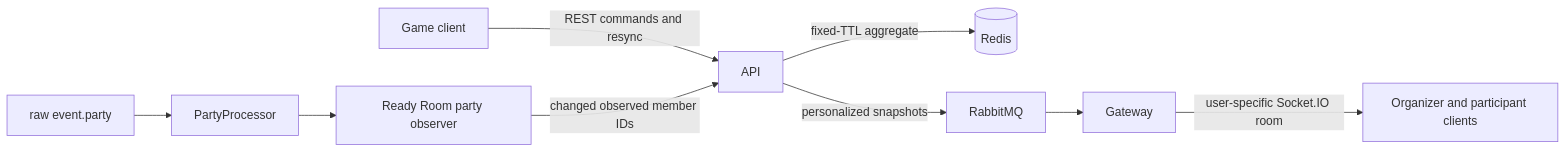
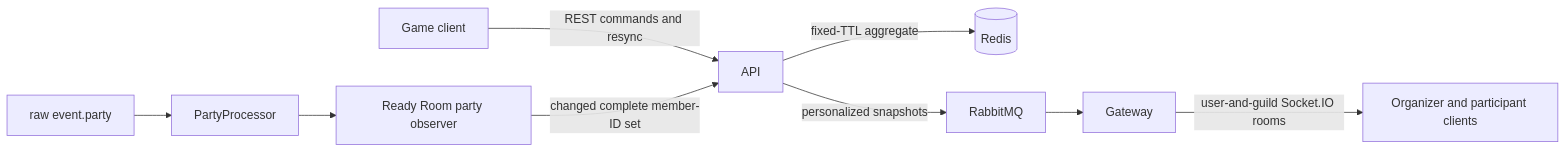
Before and after one commit to lootlog/monorepo: the diagram in docs/superpowers/specs/2026-07-13-party-finder-ready-room-design.md, drawn with Mermaid. The commit also changed other lines of this file, not shown here.

Commit message:
docs: clarify ready room state transitions

````diff
--- a/docs/superpowers/specs/2026-07-13-party-finder-ready-room-design.md
+++ b/docs/superpowers/specs/2026-07-13-party-finder-ready-room-design.md
@@ -51,11 +61,11 @@
 ```mermaid
 flowchart LR
     GameClient[Game client] -->|REST commands and resync| API[API]
     API -->|fixed-TTL aggregate| Redis[(Redis)]
     API -->|personalized snapshots| RabbitMQ[RabbitMQ]
     RabbitMQ --> Gateway[Gateway]
-    Gateway -->|user-specific Socket.IO room| Clients[Organizer and participant clients]
+    Gateway -->|user-and-guild Socket.IO rooms| Clients[Organizer and participant clients]
     RawParty[raw event.party] --> PartyProcessor[PartyProcessor]
     PartyProcessor --> PartyObserver[Ready Room party observer]
-    PartyObserver -->|changed observed member IDs| API
+    PartyObserver -->|changed complete member-ID set| API
 ```
````
